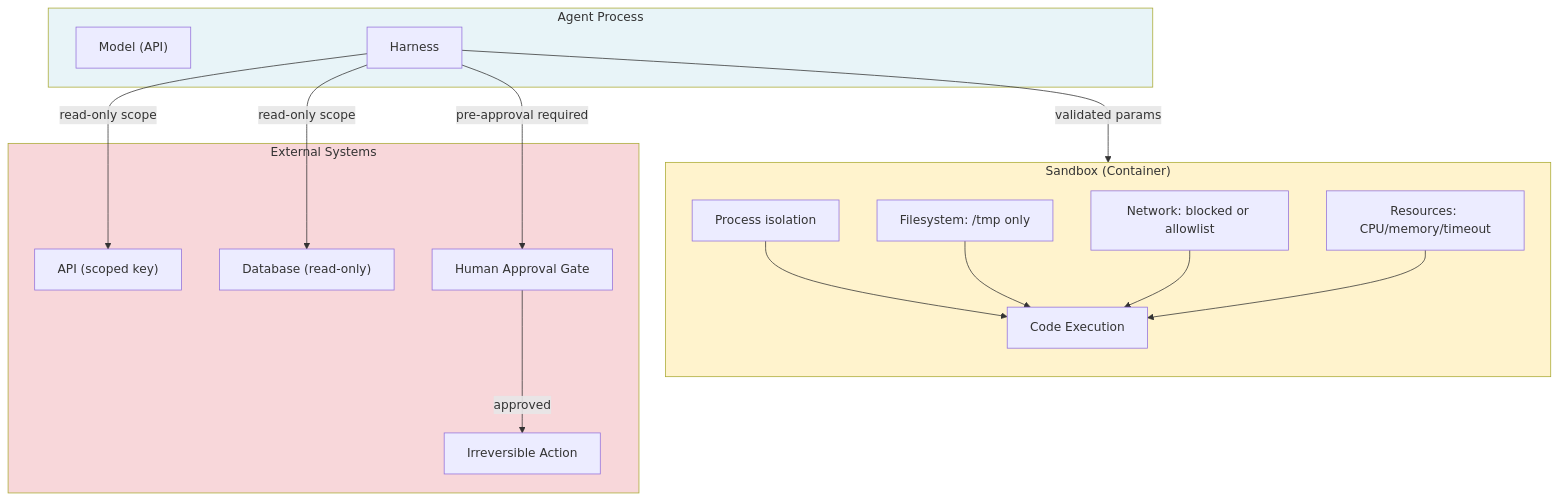
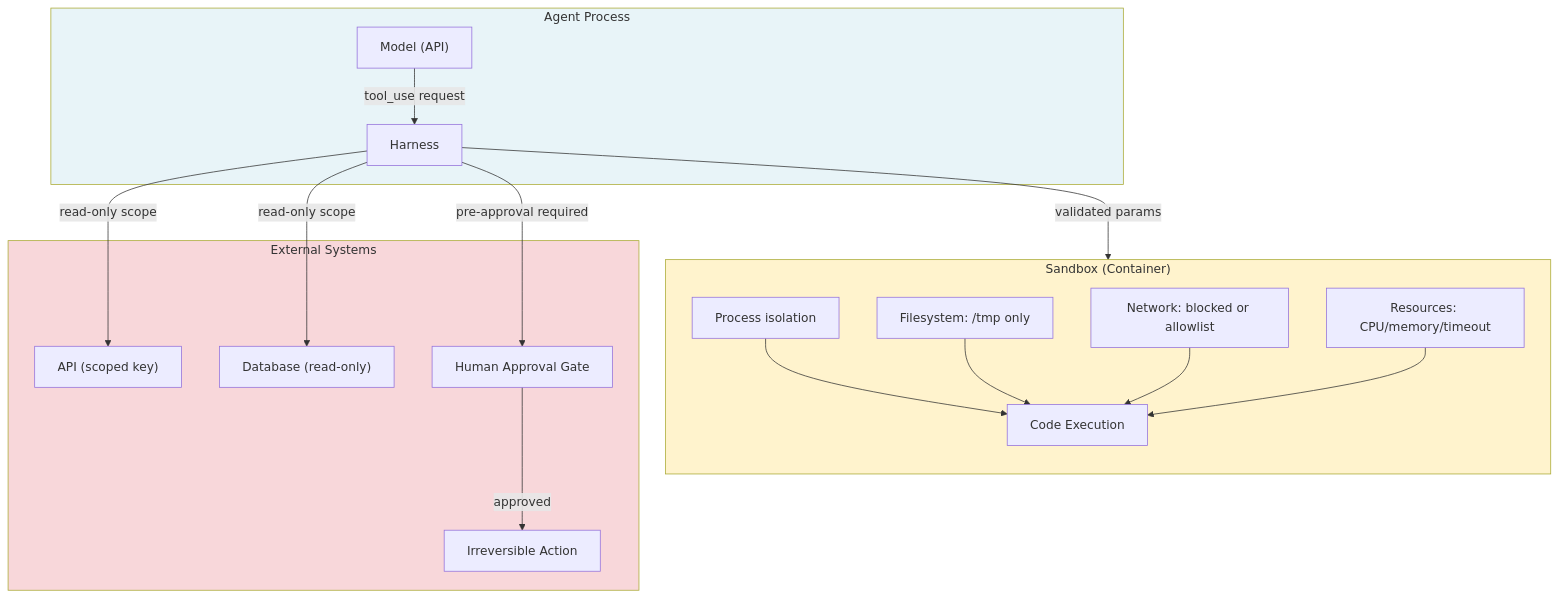
The diagram in docs/en/Tool Use and Execution/406.md (alivedise/agentic-engineering-essentials), drawn with Mermaid before and after one commit. The commit also changed other lines of this file and 1 other file, not shown here.

Commit message:
fix(AEE-406): approval_id harness validation caveat, Playwright hostname fix, Mermaid edge, audit log null result

````diff
--- a/docs/en/Tool Use and Execution/406.md
+++ b/docs/en/Tool Use and Execution/406.md
@@ -195,37 +202,38 @@
 ```mermaid
 graph TB
     subgraph Agent["Agent Process"]
         M["Model (API)"]
         H["Harness"]
+        M -->|"tool_use request"| H
     end
 
     subgraph Sandbox["Sandbox (Container)"]
         direction TB
         PI["Process isolation"]
         FI["Filesystem: /tmp only"]
         NI["Network: blocked or allowlist"]
         RL["Resources: CPU/memory/timeout"]
         CE["Code Execution"]
         PI --> CE
         FI --> CE
         NI --> CE
         RL --> CE
     end
 
     subgraph External["External Systems"]
         API["API (scoped key)"]
         DB["Database (read-only)"]
         HG["Human Approval Gate"]
         IRR["Irreversible Action"]
     end
 
     H -->|"validated params"| Sandbox
     H -->|"read-only scope"| API
     H -->|"read-only scope"| DB
     H -->|"pre-approval required"| HG
     HG -->|"approved"| IRR
 
     style Agent fill:#e8f4f8
     style Sandbox fill:#fff3cd
     style External fill:#f8d7da
 ```
````
